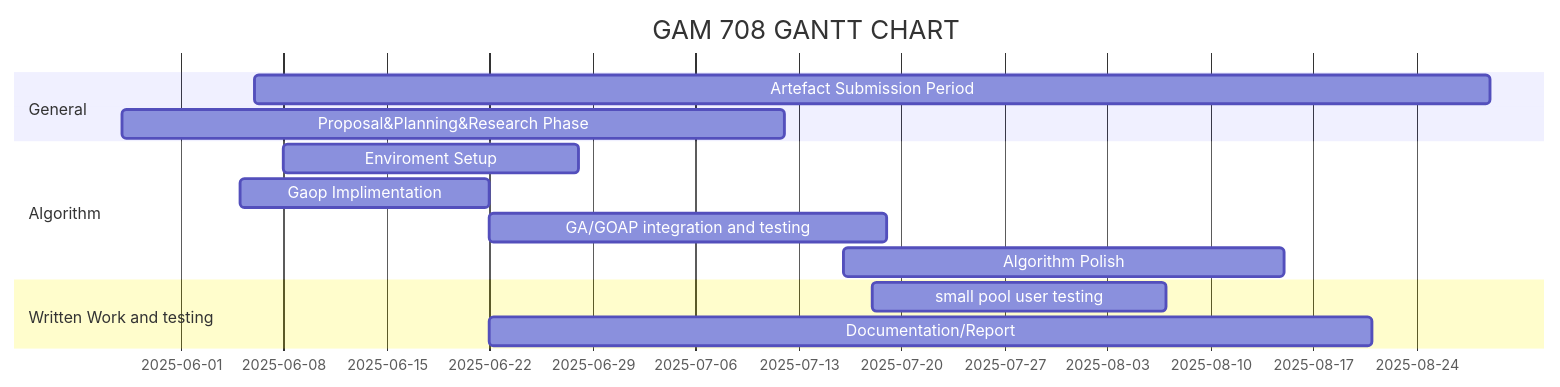
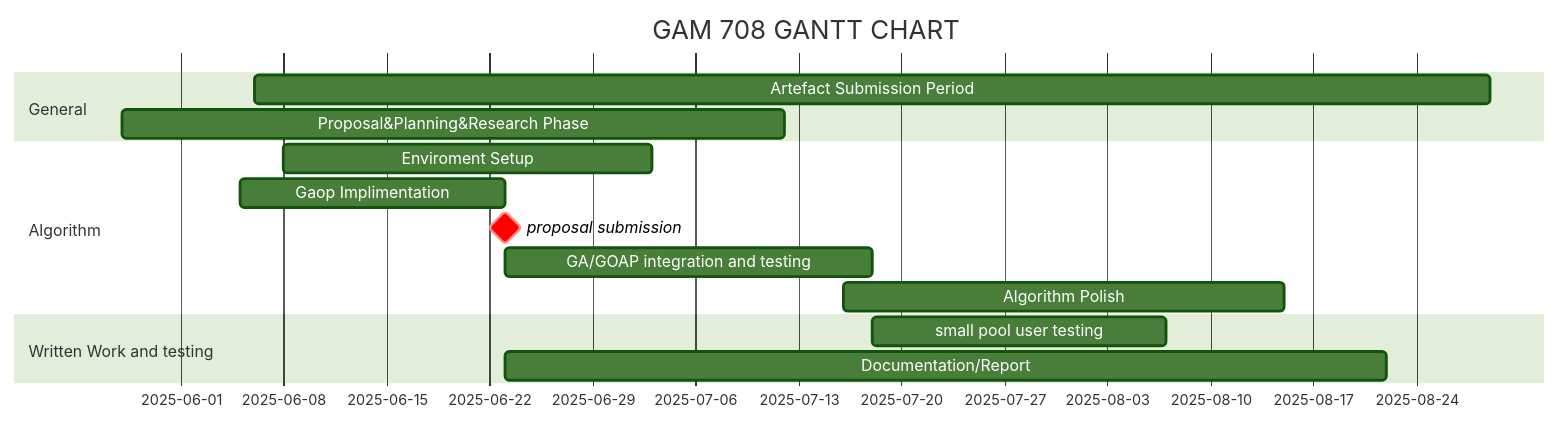
One commit to 20Whey/Masters-Thesis708 changed the diagram in mermaid.md. Above: the diagram before and after it, drawn with Mermaid. The commit also changed other lines of this file, not shown here.

````diff
--- a/mermaid.md
+++ b/mermaid.md
@@ -1,17 +1,20 @@
 ```mermaid
-%%{init: {'theme':'neutral;'}}%%
+
+
+%%{init:{'theme':'forest'}}%%
 gantt
     title GAM 708 GANTT CHART
     dateFormat  YYYY-MM-DD
     section General
-     Artefact Submission Period :al 2025-06-06,84d
+    Artefact Submission Period :al 2025-06-06  , 84d
     Proposal&Planning&Research Phase:ab, 2025-05-28, 45d
     section Algorithm 
-    Enviroment Setup :al 2025-06-08  , 20d
-    Gaop Implimentation:ab, 2025-06-05, 17d
-    GA/GOAP integration and testing:after ab, 27d
+    Enviroment Setup :al 2025-06-8  , 25d
+    Gaop Implimentation:ab, 2025-06-05, 2025-06-23
+    proposal submission :milestone, crit, 2025-06-23
+    GA/GOAP integration and testing:after ab, 25d
     Algorithm Polish: al 2025-07-16, 30d
     section Written Work and testing
     small pool user testing: al 2025-07-18, 20d
     Documentation/Report: after ab, 60d
 ``` 
````
